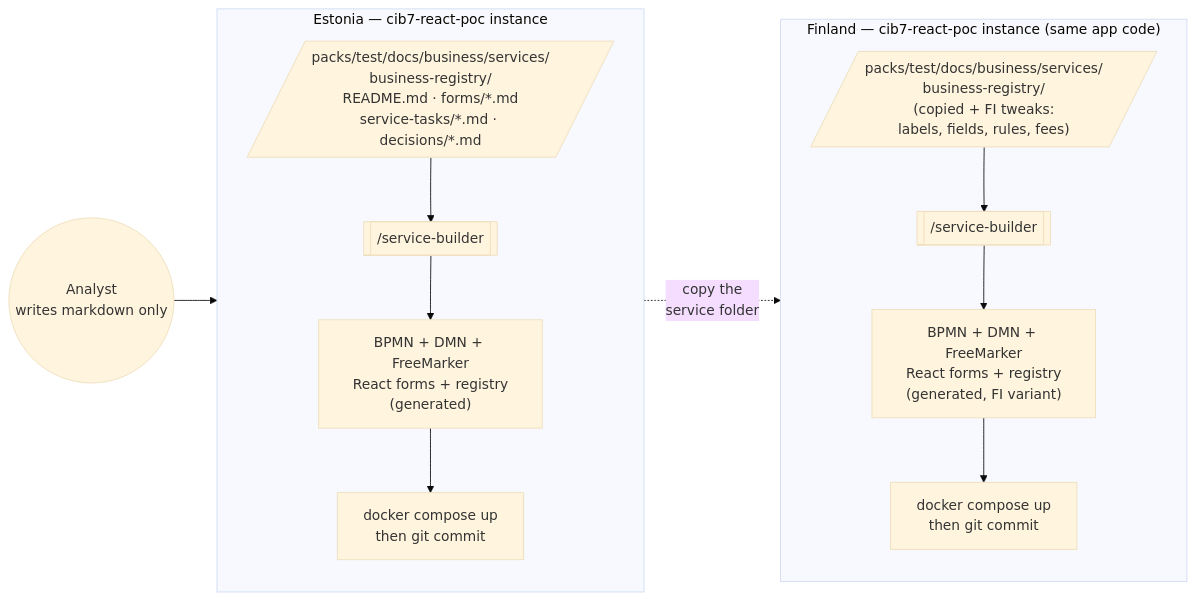
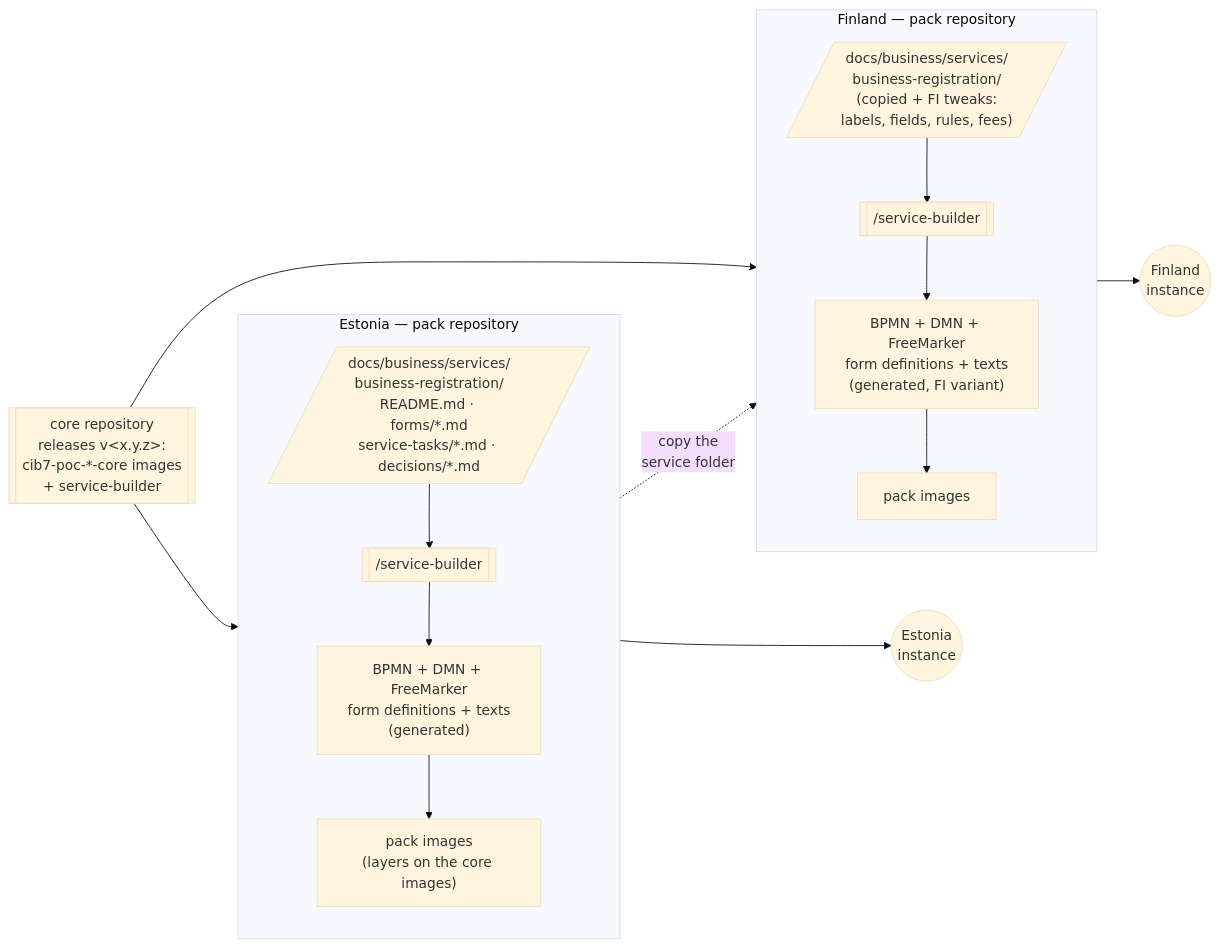
The diagram in README.md (krixerx/cib7-react-poc), drawn with Mermaid (base theme) before and after one commit. The commit also changed other lines of this file and 8 other files, not shown here.

First line of the commit message:
docs: the core and its service packs

````diff
--- a/README.md
+++ b/README.md
@@ -161,25 +162,28 @@
 ```mermaid
 flowchart LR
-  Analyst(("Analyst<br/>writes markdown only"))
+  Core[["core repository<br/>releases v&lt;x.y.z&gt;:<br/>cib7-poc-*-core images<br/>+ service-builder"]]
 
-  subgraph EE["Estonia — cib7-react-poc instance"]
+  subgraph EE["Estonia — pack repository"]
     direction TB
-    EE_Spec[/"packs/test/docs/business/services/<br/>business-registry/<br/>README.md · forms/*.md<br/>service-tasks/*.md · decisions/*.md"/]
+    EE_Spec[/"docs/business/services/<br/>business-registration/<br/>README.md · forms/*.md<br/>service-tasks/*.md · decisions/*.md"/]
     EE_Builder[["/service-builder"]]
-    EE_Code["BPMN + DMN + FreeMarker<br/>React forms + registry<br/>(generated)"]
-    EE_Run["docker compose up<br/>then git commit"]
-    EE_Spec --> EE_Builder --> EE_Code --> EE_Run
+    EE_Code["BPMN + DMN + FreeMarker<br/>form definitions + texts<br/>(generated)"]
+    EE_Img["pack images<br/>(layers on the core images)"]
+    EE_Spec --> EE_Builder --> EE_Code --> EE_Img
   end
 
-  subgraph FI["Finland — cib7-react-poc instance (same app code)"]
+  subgraph FI["Finland — pack repository"]
     direction TB
-    FI_Spec[/"packs/test/docs/business/services/<br/>business-registry/<br/>(copied + FI tweaks:<br/>labels, fields, rules, fees)"/]
+    FI_Spec[/"docs/business/services/<br/>business-registration/<br/>(copied + FI tweaks:<br/>labels, fields, rules, fees)"/]
     FI_Builder[["/service-builder"]]
-    FI_Code["BPMN + DMN + FreeMarker<br/>React forms + registry<br/>(generated, FI variant)"]
-    FI_Run["docker compose up<br/>then git commit"]
-    FI_Spec --> FI_Builder --> FI_Code --> FI_Run
+    FI_Code["BPMN + DMN + FreeMarker<br/>form definitions + texts<br/>(generated, FI variant)"]
+    FI_Img["pack images"]
+    FI_Spec --> FI_Builder --> FI_Code --> FI_Img
   end
 
-  Analyst --> EE_Spec
+  Core --> EE_Img
+  Core --> FI_Img
+  EE_Img --> EE_Run(("Estonia<br/>instance"))
+  FI_Img --> FI_Run(("Finland<br/>instance"))
   EE_Spec -. "copy the<br/>service folder" .-> FI_Spec
 ```
````
